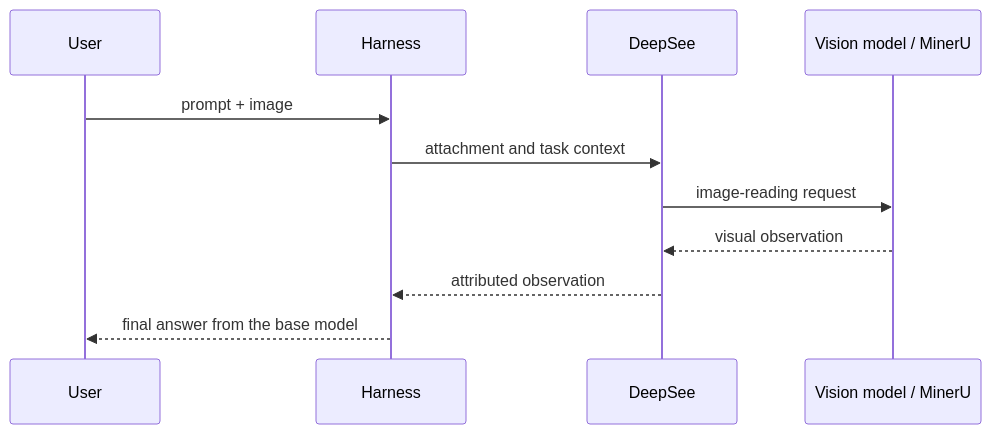
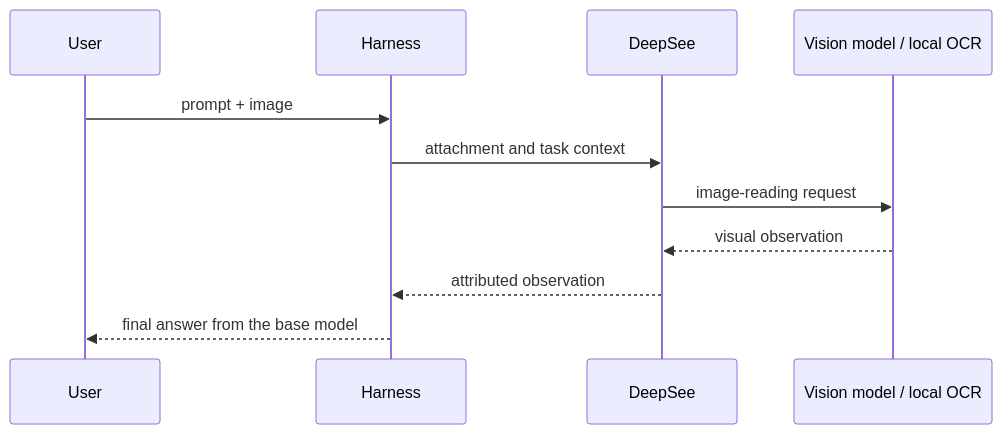
Before and after one commit to WUBING2023/deepsee: the second of 2 diagrams in docs/ARCHITECTURE.md, drawn with Mermaid. The commit also changed other lines of this file and 36 other files, not shown here.

````diff
--- a/docs/ARCHITECTURE.md
+++ b/docs/ARCHITECTURE.md
@@ -46,14 +47,14 @@
 ```mermaid
 sequenceDiagram
     participant User
     participant Harness
     participant DeepSee
-    participant Reader as Vision model / MinerU
+    participant Reader as Vision model / local OCR
 
     User->>Harness: prompt + image
     Harness->>DeepSee: attachment and task context
     DeepSee->>Reader: image-reading request
     Reader-->>DeepSee: visual observation
     DeepSee-->>Harness: attributed observation
     Harness-->>User: final answer from the base model
 ```
````
